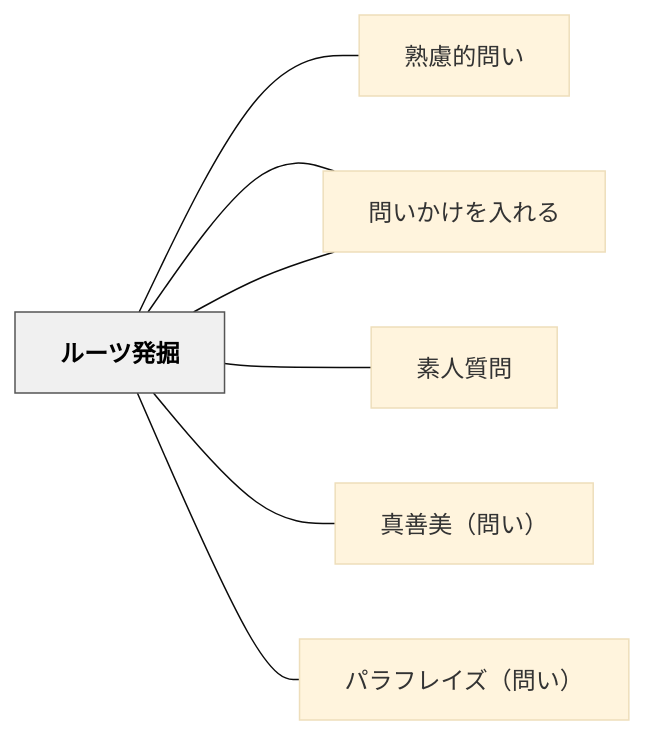
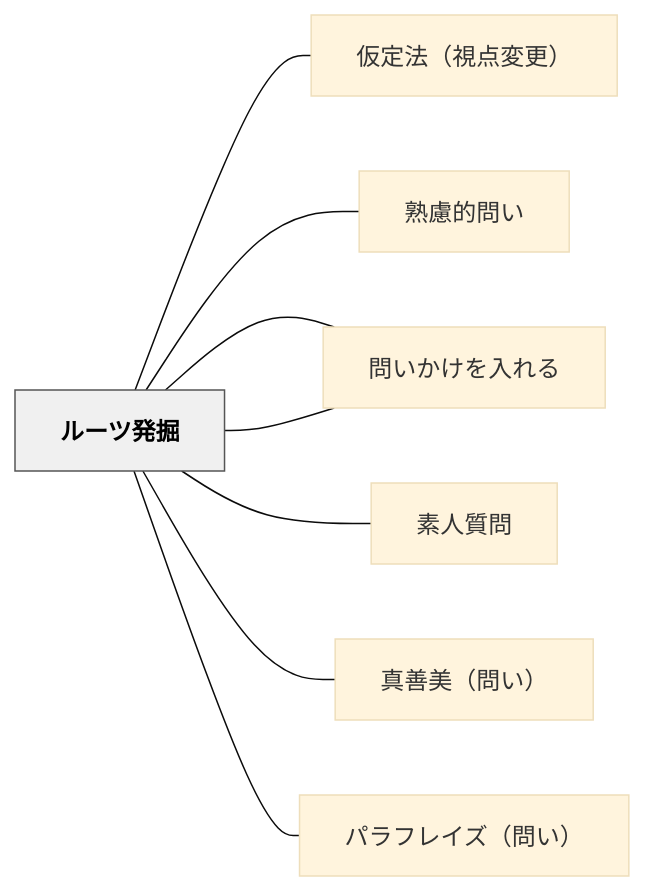
The diagram in content/パタン/ルーツ発掘.md (unknownthings-ed-patterns/unknownthings-ed-patterns), drawn with Mermaid (base theme) before and after one commit. The commit also changed other lines of this file and 473 other files, not shown here.

````diff
--- a/content/パタン/ルーツ発掘.md
+++ b/content/パタン/ルーツ発掘.md
@@ -73,20 +74,22 @@
 ```mermaid
 flowchart LR
     ne383abe383bc["ルーツ発掘"]
+    ne4bbaee5ae9a["仮定法（視点変更）"]
     ne7869fe685ae["熟慮的問い"]
     ne5958fe38184["問いかけの見立て"]
     ne5958fe38184["問いかけを入れる"]
     ne7b4a0e4baba["素人質問"]
     ne79c9fe59684["真善美（問い）"]
     ne38391e383a9["パラフレイズ（問い）"]
 
+    ne383abe383bc --- ne4bbaee5ae9a
     ne383abe383bc --- ne7869fe685ae
     ne383abe383bc --- ne5958fe38184
     ne383abe383bc --- ne5958fe38184
     ne383abe383bc --- ne7b4a0e4baba
     ne383abe383bc --- ne79c9fe59684
     ne383abe383bc --- ne38391e383a9
 
     classDef hub fill:#f0f0f0,stroke:#555,color:#000,font-weight:bold
     class ne383abe383bc hub
 ```
````
